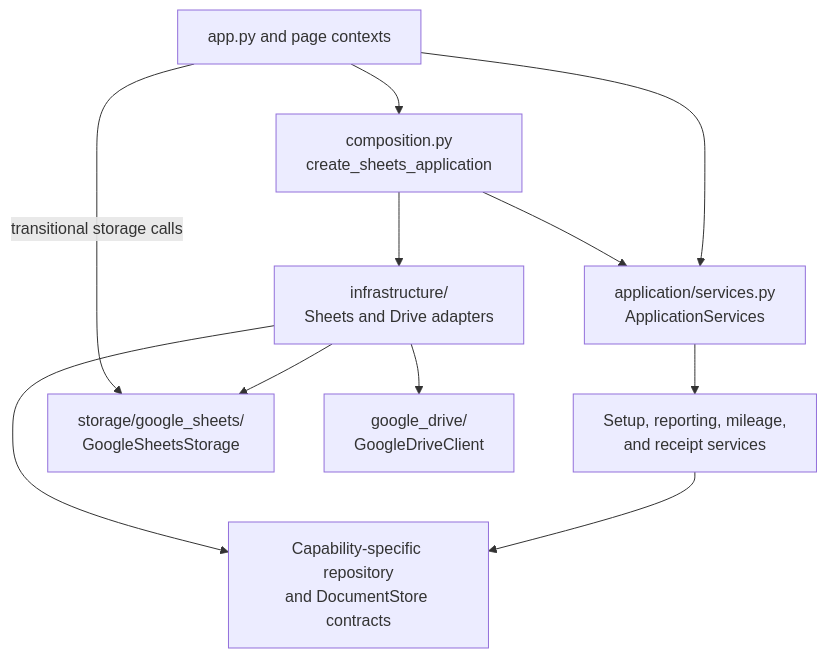
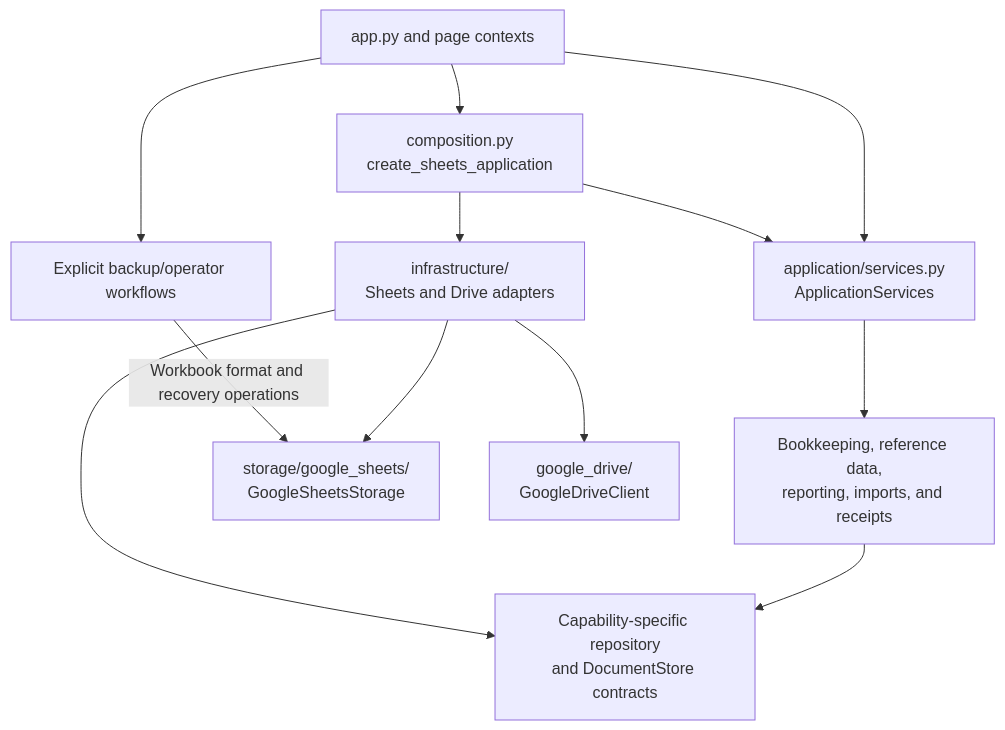
Before and after one commit to Roklion/Project_Tabula_Rasa: the third of 4 diagrams in docs/ARCHITECTURE.md, drawn with Mermaid. The commit also changed other lines of this file and 58 other files, not shown here.

````diff
--- a/docs/ARCHITECTURE.md
+++ b/docs/ARCHITECTURE.md
@@ -302,22 +302,24 @@
 ```mermaid
 flowchart TD
     Shell["app.py and page contexts"]
     Composition["composition.py<br/>create_sheets_application"]
     Services["application/services.py<br/>ApplicationServices"]
-    Setup["Setup, reporting, mileage,<br/>and receipt services"]
+    Setup["Bookkeeping, reference data,<br/>reporting, imports, and receipts"]
     Contract["Capability-specific repository<br/>and DocumentStore contracts"]
     Adapter["infrastructure/<br/>Sheets and Drive adapters"]
     Storage["storage/google_sheets/<br/>GoogleSheetsStorage"]
     Drive["google_drive/<br/>GoogleDriveClient"]
+    Admin["Explicit backup/operator workflows"]
 
     Shell --> Composition
     Shell --> Services
     Composition --> Services
     Composition --> Adapter
     Services --> Setup
     Setup --> Contract
     Adapter --> Contract
     Adapter --> Storage
     Adapter --> Drive
-    Shell -->|"transitional storage calls"| Storage
+    Shell --> Admin
+    Admin -->|"Workbook format and recovery operations"| Storage
 ```
````
